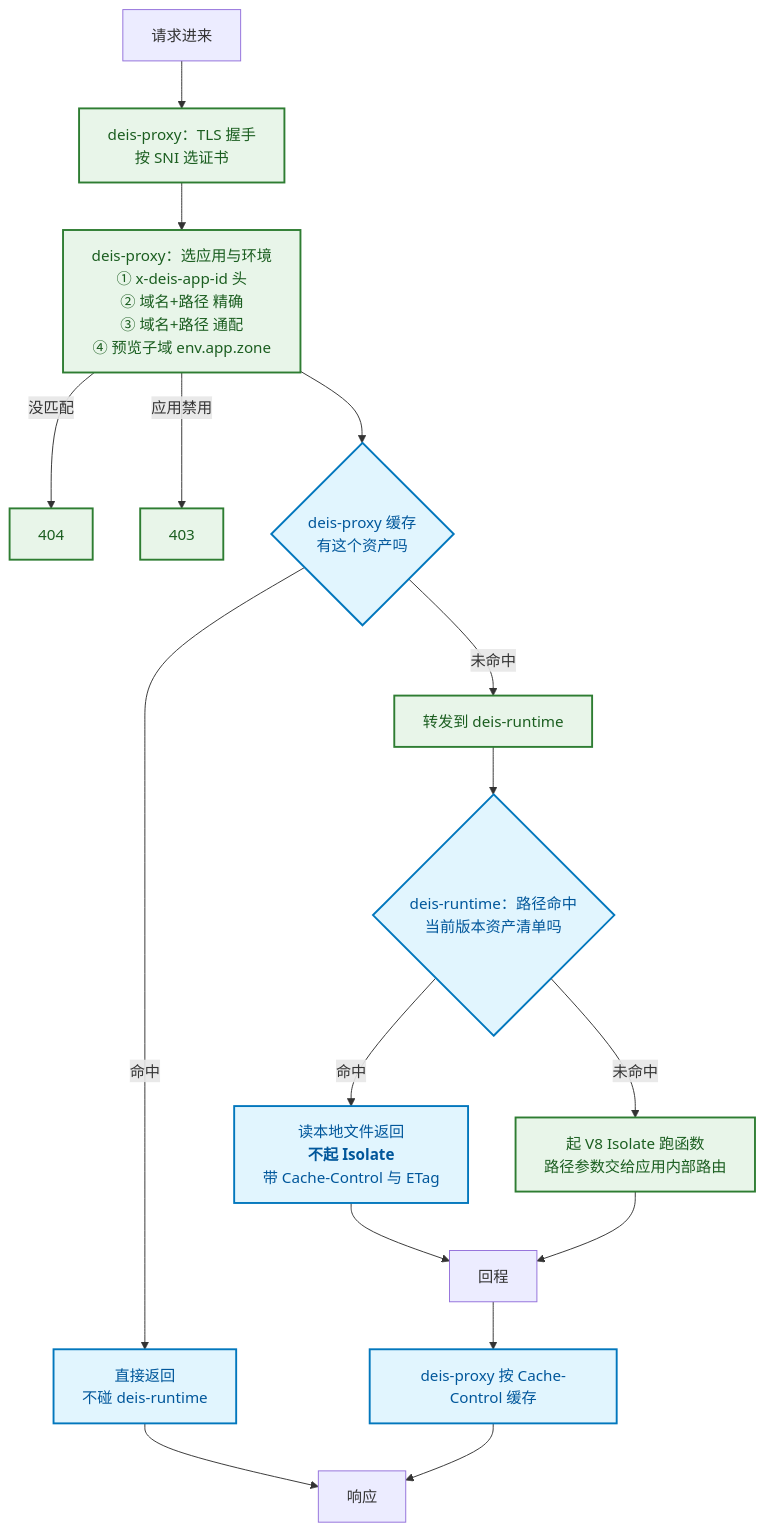
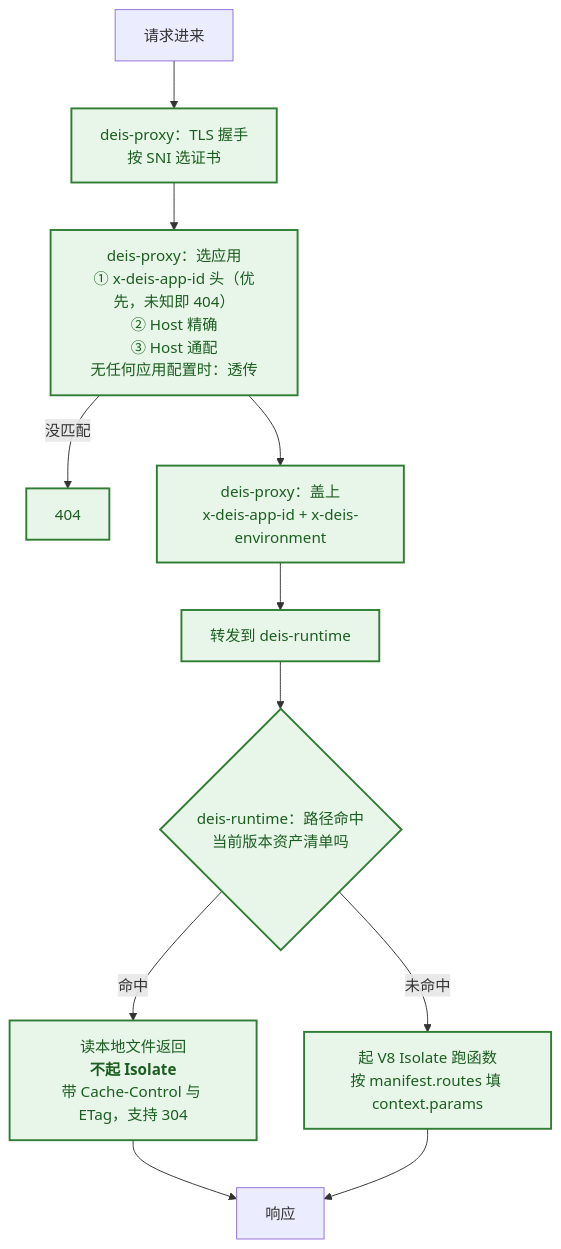
One commit to deislet/deislet changed the fourth of 6 diagrams in docs/architecture.zh.md. Above: the diagram before and after it, drawn with Mermaid. The commit also changed other lines of this file and 111 other files, not shown here.

````diff
--- a/docs/architecture.zh.md
+++ b/docs/architecture.zh.md
@@ -253,23 +275,17 @@
 ```mermaid
 flowchart TB
     req["请求进来"] --> tls["deis-proxy：TLS 握手<br/>按 SNI 选证书"]
-    tls --> pick["deis-proxy：选应用与环境<br/>① x-deis-app-id 头<br/>② 域名+路径 精确<br/>③ 域名+路径 通配<br/>④ 预览子域 env.app.zone"]
+    tls --> pick["deis-proxy：选应用<br/>① x-deis-app-id 头（优先，未知即 404）<br/>② Host 精确<br/>③ Host 通配<br/>无任何应用配置时：透传"]
     pick -->|没匹配| e404["404"]
-    pick -->|应用禁用| e403["403"]
-    pick --> cache{"deis-proxy 缓存<br/>有这个资产吗"}
-    cache -->|命中| hit["直接返回<br/>不碰 deis-runtime"]
-    cache -->|未命中| fwd["转发到 deis-runtime"]
+    pick --> stamp["deis-proxy：盖上<br/>x-deis-app-id + x-deis-environment"]
+    stamp --> fwd["转发到 deis-runtime"]
     fwd --> asset{"deis-runtime：路径命中<br/>当前版本资产清单吗"}
-    asset -->|命中| serve["读本地文件返回<br/><b>不起 Isolate</b><br/>带 Cache-Control 与 ETag"]
-    asset -->|未命中| fn["起 V8 Isolate 跑函数<br/>路径参数交给应用内部路由"]
-    serve --> back["回程"]
-    fn --> back
-    back --> store["deis-proxy 按 Cache-Control 缓存"]
-    hit --> done["响应"]
-    store --> done
+    asset -->|命中| serve["读本地文件返回<br/><b>不起 Isolate</b><br/>带 Cache-Control 与 ETag，支持 304"]
+    asset -->|未命中| fn["起 V8 Isolate 跑函数<br/>按 manifest.routes 填 context.params"]
+    serve --> done["响应"]
+    fn --> done
 
-    classDef new fill:#e1f5fe,stroke:#0277bd,stroke-width:2px,color:#01579b
-    classDef exist fill:#e8f5e9,stroke:#2e7d32,stroke-width:2px,color:#1b5e20
-    class tls,pick,fwd,fn,e404,e403 exist
-    class cache,asset,serve,hit,store new
+    classDef done fill:#e8f5e9,stroke:#2e7d32,stroke-width:2px,color:#1b5e20
+    classDef gap fill:#fff3e0,stroke:#e65100,stroke-width:2px,stroke-dasharray:4 3,color:#e65100
+    class tls,pick,stamp,fwd,asset,serve,fn,e404 done
 ```
````
